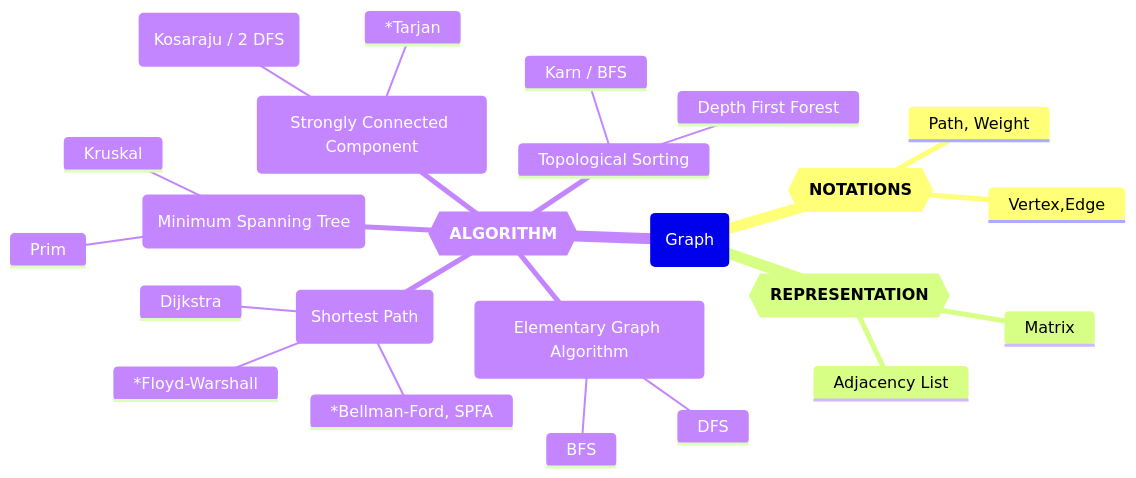
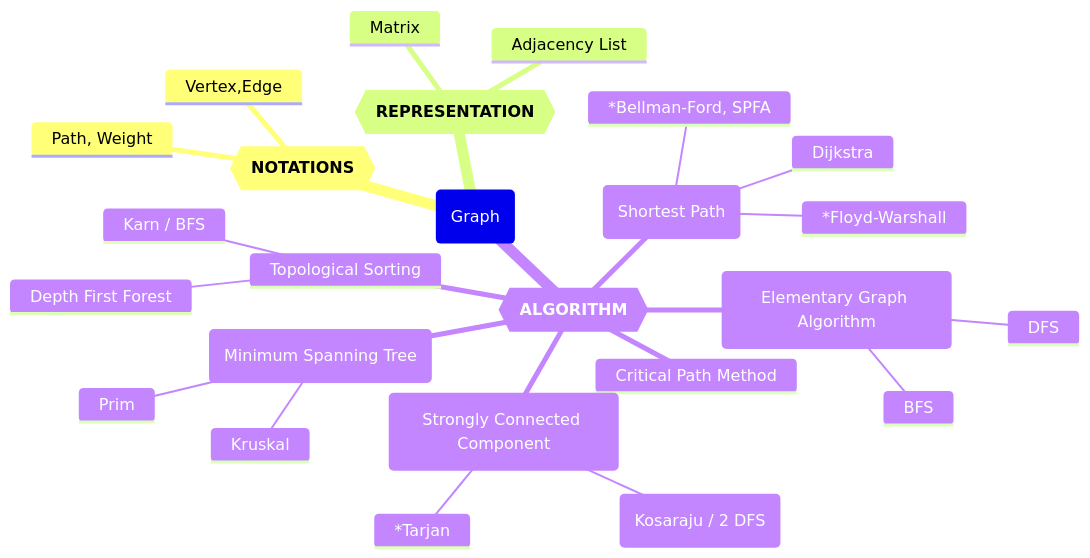
The diagram in winter_week3_graph.md (GMyhf/2025spring-cs201), drawn with Mermaid before and after one commit.

Commit message:
Sun Feb 2 23:21

````diff
--- a/winter_week3_graph.md
+++ b/winter_week3_graph.md
@@ -29,31 +29,32 @@
 ```mermaid
 mindmap
   Graph (Graph)
     Notation{{**NOTATIONS**}}
     	Vertex,Edge
     	Path, Weight
       
     Representation{{**REPRESENTATION**}}
       Matrix
       Adjacency List
       
     Algorithm{{**ALGORITHM**}}
     	Elementary Graph Algorithms(Elementary Graph Algorithm)
     		BFS
     		DFS
     	Shortest Path(Shortest Path)
     		Dijkstra
     		*Bellman-Ford, SPFA
     		*Floyd-Warshall 
     	Topological Sorting
     		Depth First Forest
     		Karn / BFS
+    	Critical Path Method
     	MST(Minimum Spanning Tree)
     		Prim
     		Kruskal
     	SCC(Strongly Connected Component)
     		Kosaraju(Kosaraju / 2 DFS)
     		*Tarjan
       
 
 ```
````
